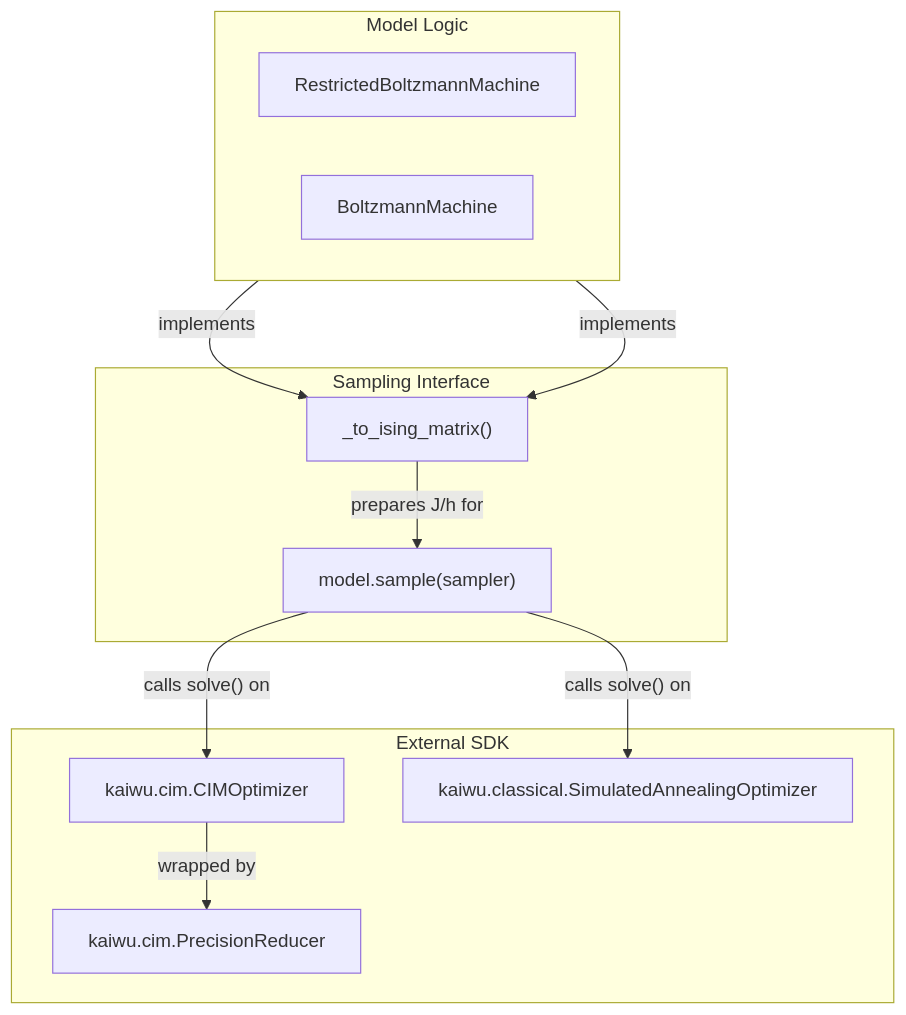
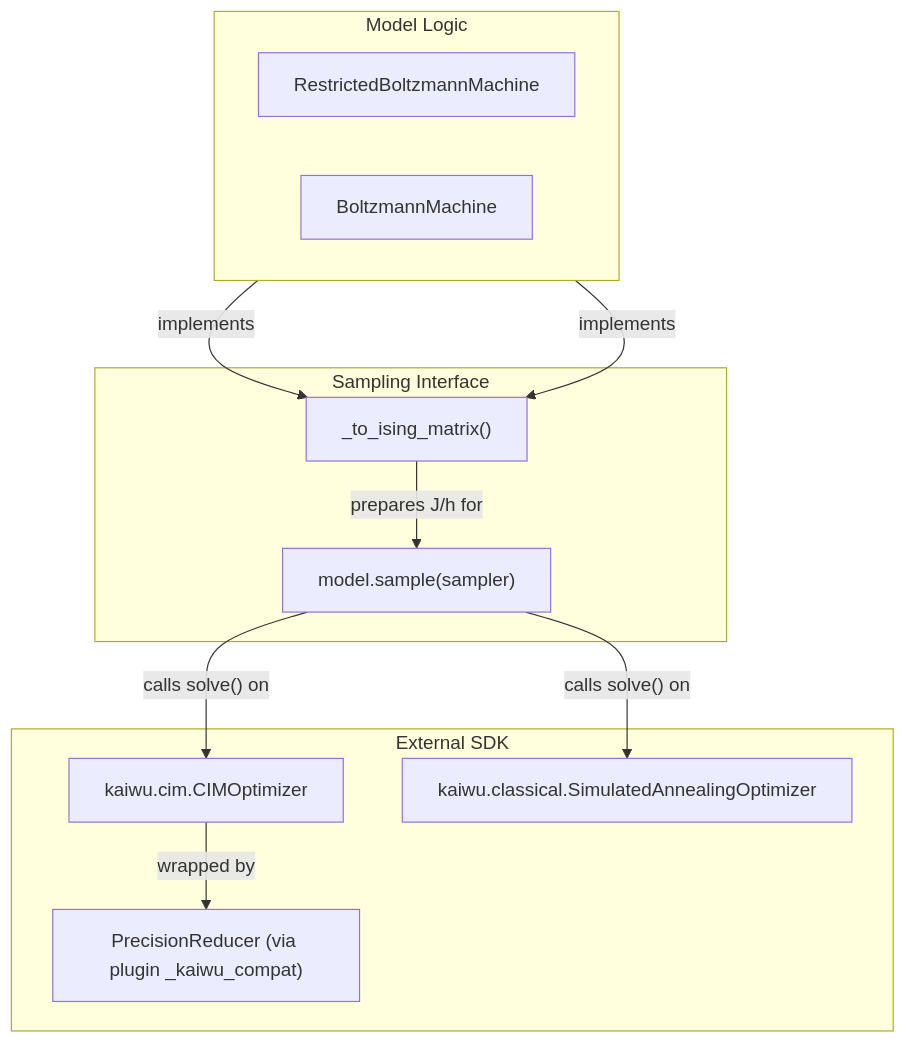
Before and after one commit to qboson/kaiwu-pytorch-plugin: the second of 2 diagrams in docs/source/getting_started/quickstart.md, drawn with Mermaid.

Commit message:
docs: clarify the Quick Start PrecisionReducer import

````diff
--- a/docs/source/getting_started/quickstart.md
+++ b/docs/source/getting_started/quickstart.md
@@ -52,23 +52,23 @@
 ```{mermaid}
 graph TB
     subgraph Model_Logic ["Model Logic"]
         direction LR
         B["RestrictedBoltzmannMachine"]
         D["BoltzmannMachine"]
     end
     subgraph Sampling_Interface ["Sampling Interface"]
         E["_to_ising_matrix()"]
         F["model.sample(sampler)"]
     end
     subgraph External_SDK ["External SDK"]
         G["kaiwu.cim.CIMOptimizer"]
-        H["kaiwu.cim.PrecisionReducer"]
+        H["PrecisionReducer (via plugin _kaiwu_compat)"]
         I["kaiwu.classical.SimulatedAnnealingOptimizer"]
     end
     B -->|"implements"| E
     D -->|"implements"| E
     E -->|"prepares J/h for"| F
     F -->|"calls solve() on"| G
     F -->|"calls solve() on"| I
     G -->|"wrapped by"| H
 ```
````
